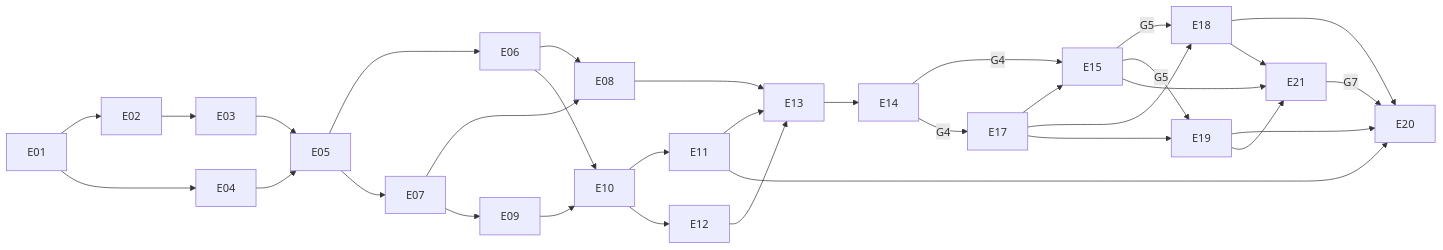
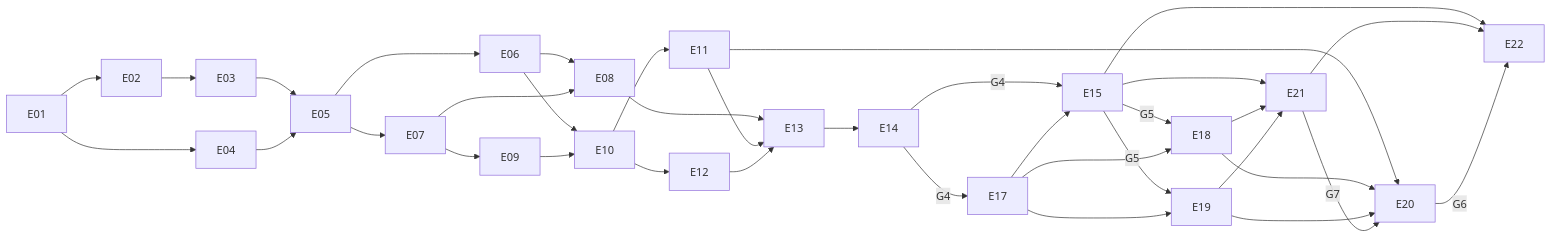
The diagram in docs/plan/README.md (KaanEmec/vitamux), drawn with Mermaid before and after one commit. The commit also changed other lines of this file and 31 other files, not shown here.

````diff
--- a/docs/plan/README.md
+++ b/docs/plan/README.md
@@ -47,18 +48,20 @@
 ```mermaid
 flowchart LR
   E01 --> E02 --> E03 --> E05
   E01 --> E04 --> E05
   E05 --> E06 & E07
   E06 & E07 --> E08
   E07 --> E09
   E06 & E09 --> E10 --> E11
   E10 --> E12
   E08 & E11 & E12 --> E13 --> E14
   E14 -->|G4| E15 -->|G5| E18 & E19
   E14 -->|G4| E17 --> E15
   E17 --> E18 & E19
   E11 --> E20
   E18 & E19 --> E20
   E15 & E18 & E19 --> E21
   E21 -->|G7| E20
+  E15 & E21 --> E22
+  E20 -->|G6| E22
 ```
````
